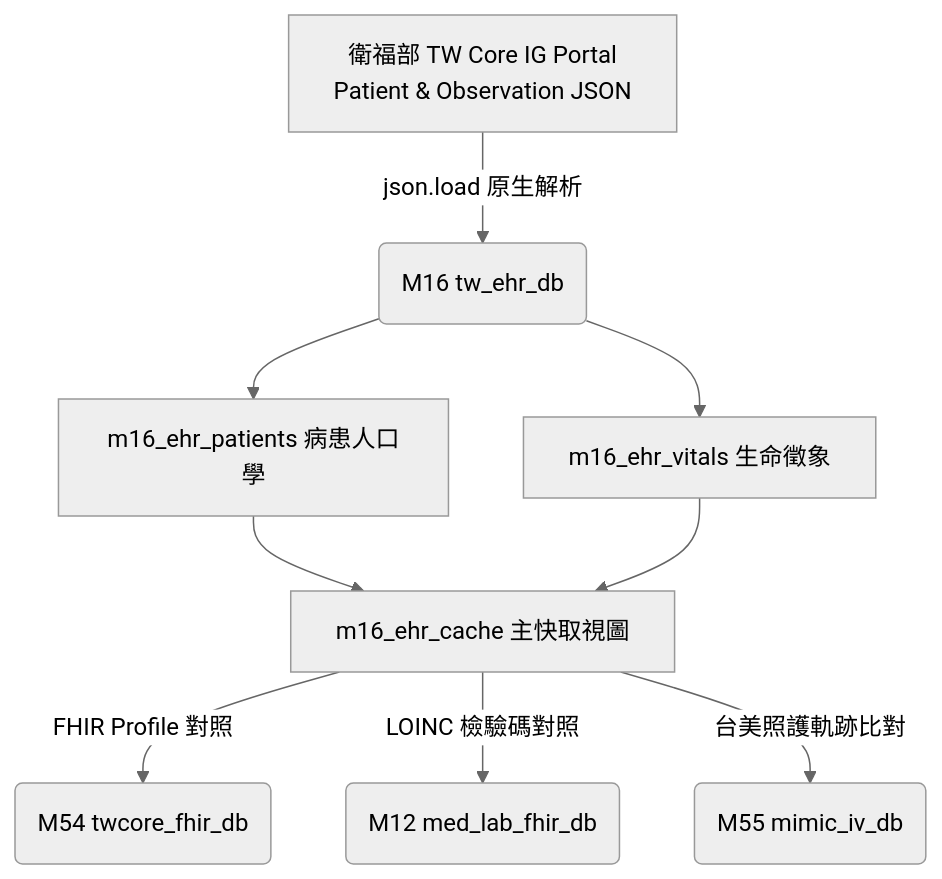
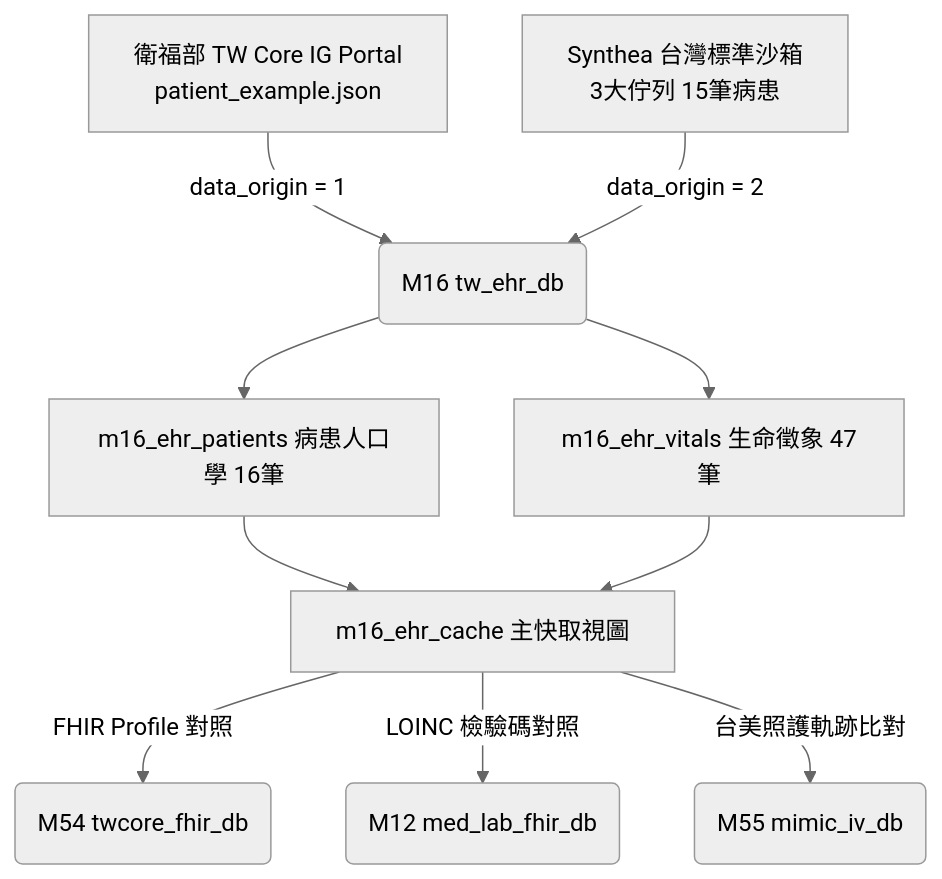
The diagram in book/03_16_m16_tw_ehr_db.md (wuulong/tw-med-db), drawn with Mermaid (neutral theme) before and after one commit. The commit also changed other lines of this file and 7 other files, not shown here.

````diff
--- a/book/03_16_m16_tw_ehr_db.md
+++ b/book/03_16_m16_tw_ehr_db.md
@@ -118,11 +139,13 @@
 ```mermaid
 flowchart TD
-    A[衛福部 TW Core IG Portal <br> Patient & Observation JSON] -->|json.load 原生解析| B(M16 tw_ehr_db)
-    B --> C[m16_ehr_patients 病患人口學]
-    B --> D[m16_ehr_vitals 生命徵象]
+    A[衛福部 TW Core IG Portal <br> patient_example.json] -->|data_origin = 1| B(M16 tw_ehr_db)
+    A2[Synthea 台灣標準沙箱 <br> 3大佇列 15筆病患] -->|data_origin = 2| B
+    
+    B --> C[m16_ehr_patients 病患人口學 16筆]
+    B --> D[m16_ehr_vitals 生命徵象 47筆]
     C & D --> E[m16_ehr_cache 主快取視圖]
     
     E -->|FHIR Profile 對照| F(M54 twcore_fhir_db)
     E -->|LOINC 檢驗碼對照| G(M12 med_lab_fhir_db)
     E -->|台美照護軌跡比對| H(M55 mimic_iv_db)
 ```
````
